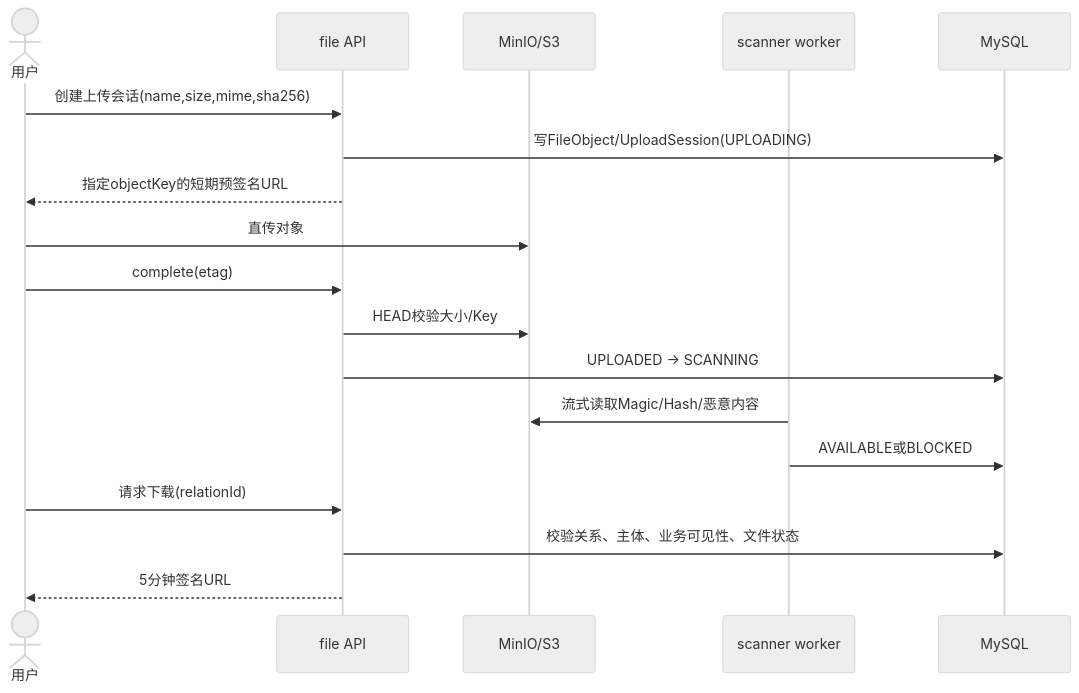
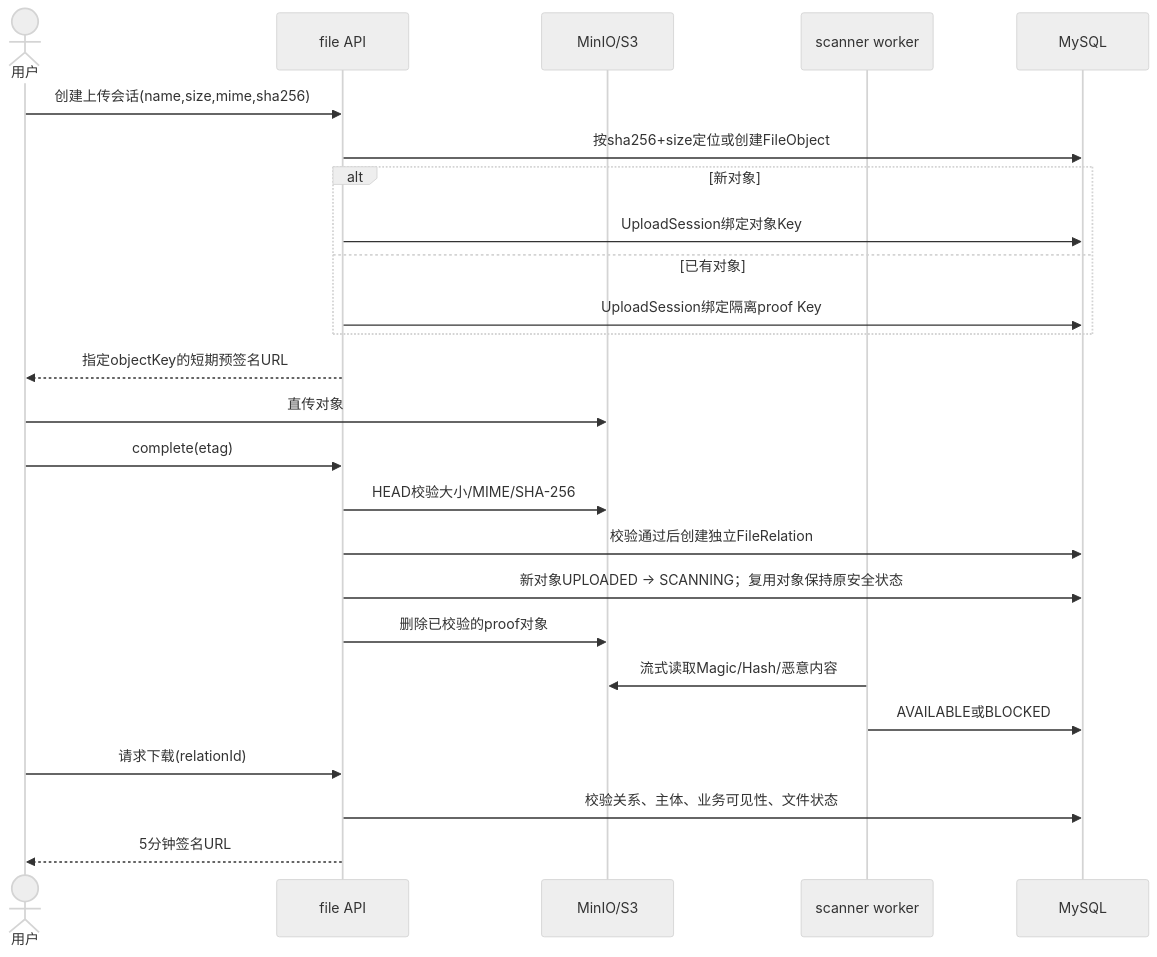
Before and after one commit to liuyunhu1127/TechNexus: the sixth of 10 diagrams in docs/technexus-solution-closure/02-设计阶段/详细设计文档.md, drawn with Mermaid (neutral theme). The commit also changed other lines of this file and 162 other files, not shown here.

````diff
--- a/docs/technexus-solution-closure/02-设计阶段/详细设计文档.md
+++ b/docs/technexus-solution-closure/02-设计阶段/详细设计文档.md
@@ -256,20 +256,27 @@
 ```mermaid
 sequenceDiagram
   actor U as 用户
   participant API as file API
   participant O as MinIO/S3
   participant Scan as scanner worker
   participant DB as MySQL
   U->>API: 创建上传会话(name,size,mime,sha256)
-  API->>DB: 写FileObject/UploadSession(UPLOADING)
+  API->>DB: 按sha256+size定位或创建FileObject
+  alt 新对象
+    API->>DB: UploadSession绑定对象Key
+  else 已有对象
+    API->>DB: UploadSession绑定隔离proof Key
+  end
   API-->>U: 指定objectKey的短期预签名URL
   U->>O: 直传对象
   U->>API: complete(etag)
-  API->>O: HEAD校验大小/Key
-  API->>DB: UPLOADED -> SCANNING
+  API->>O: HEAD校验大小/MIME/SHA-256
+  API->>DB: 校验通过后创建独立FileRelation
+  API->>DB: 新对象UPLOADED -> SCANNING；复用对象保持原安全状态
+  API->>O: 删除已校验的proof对象
   Scan->>O: 流式读取Magic/Hash/恶意内容
   Scan->>DB: AVAILABLE或BLOCKED
   U->>API: 请求下载(relationId)
   API->>DB: 校验关系、主体、业务可见性、文件状态
   API-->>U: 5分钟签名URL
 ```
````
